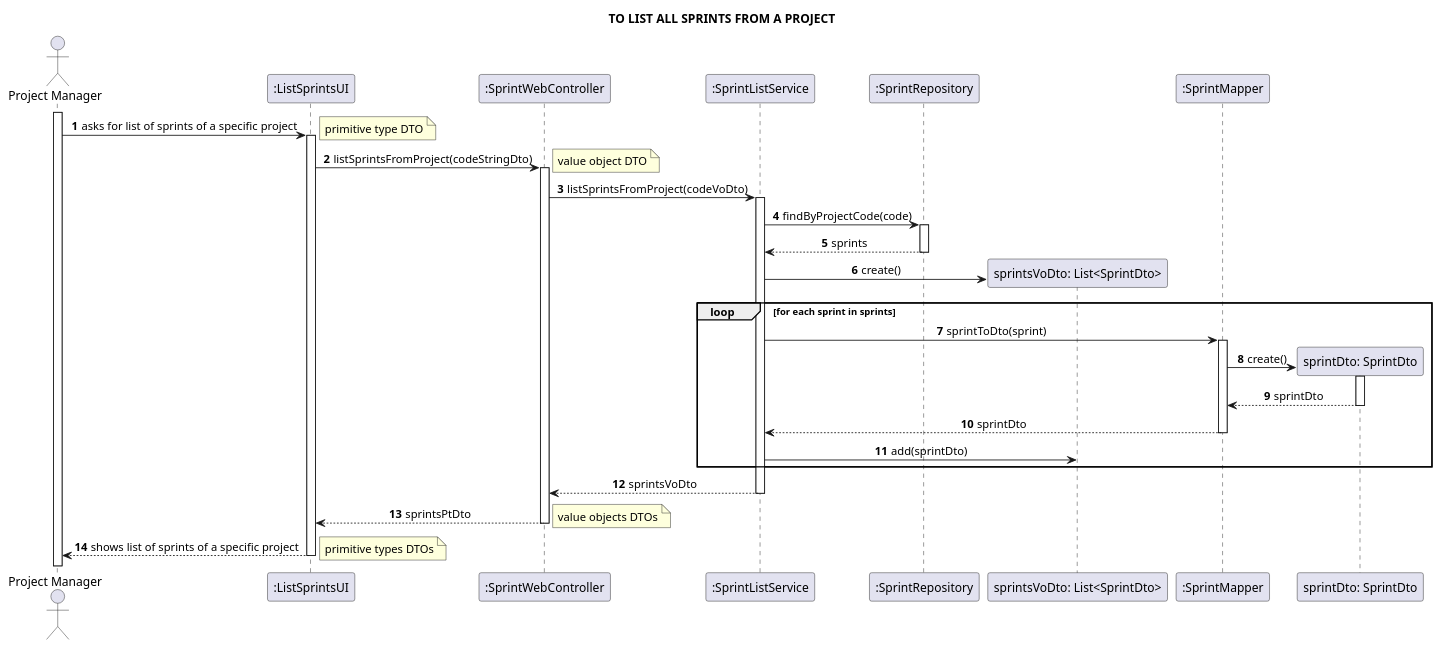
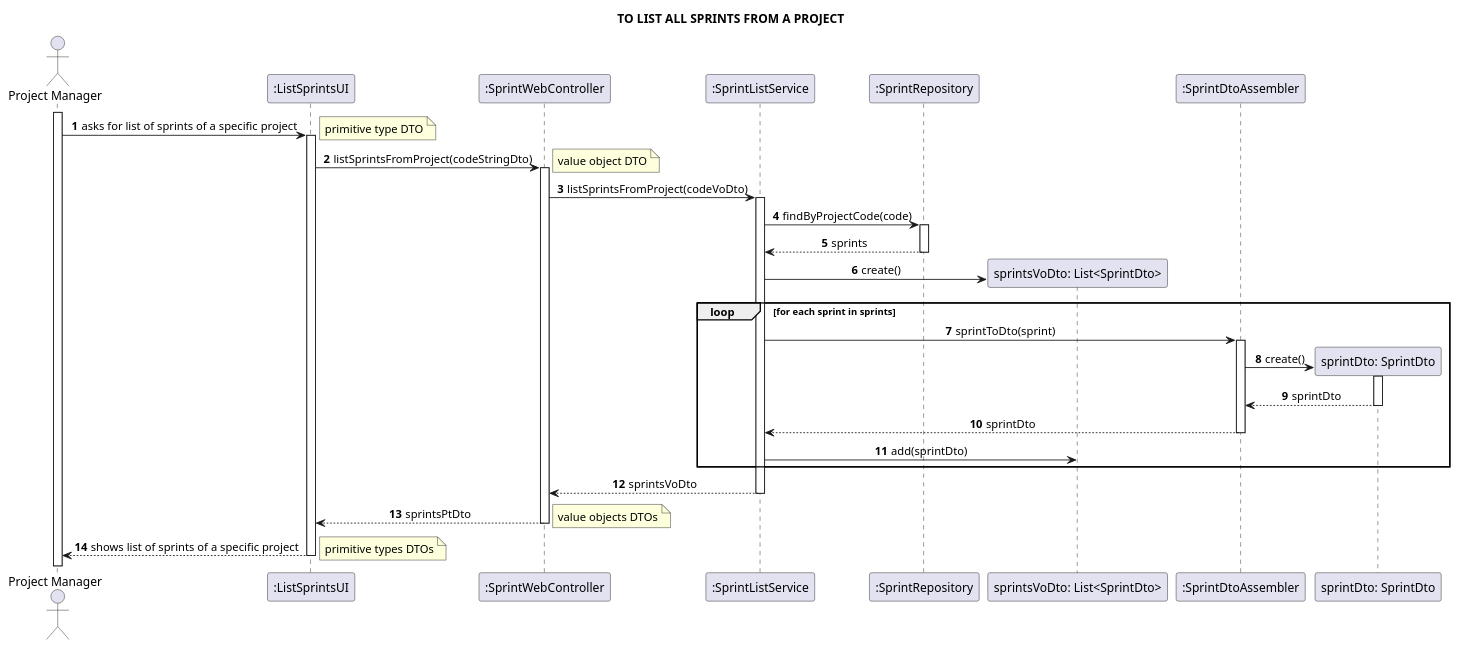
One commit to Loracline/project_switch_22-23 changed the diagram in docs/modelling_design/user_stories/reference_diagrams/listAllSprintsFromProject_sequenceDiagram_ddd.puml. Above: the diagram before and after it, drawn with PlantUML. The commit also changed 1 other file, not shown here.

Commit message:
US031: Design: Updated sequence and class diagrams for functionality of listing all sprints of a project. Closes #650.

```diff
--- a/docs/modelling_design/user_stories/reference_diagrams/listAllSprintsFromProject_sequenceDiagram_ddd.puml
+++ b/docs/modelling_design/user_stories/reference_diagrams/listAllSprintsFromProject_sequenceDiagram_ddd.puml
@@ -1,60 +1,60 @@
 @startuml
 
 skinparam sequenceMessageAlign center
 title TO LIST ALL SPRINTS FROM A PROJECT
 autonumber
 actor "Project Manager" as pm
 
 participant ":ListSprintsUI" as ui
 participant ":SprintWebController" as controller
 participant ":SprintListService" as service
 participant ":SprintRepository" as repository
 participant "sprintsVoDto: List<SprintDto>" as list
-participant ":SprintMapper" as mapper
+participant ":SprintDtoAssembler" as assembler
 participant "sprintDto: SprintDto" as dto
 
 activate pm
 pm -> ui: asks for list of sprints of a specific project
 activate ui
 note right
 primitive type DTO
 end note
 ui -> controller: listSprintsFromProject(codeStringDto)
 note right
 value object DTO
 end note
 activate controller
 controller -> service: listSprintsFromProject(codeVoDto)
 activate service
 service -> repository: findByProjectCode(code)
 activate repository
 repository --> service: sprints
 deactivate repository
 create list
 service -> list: create()
 loop for each sprint in sprints
-service -> mapper: sprintToDto(sprint)
-activate mapper
+service -> assembler: sprintToDto(sprint)
+activate assembler
 create dto
-mapper -> dto: create()
+assembler -> dto: create()
 activate dto
-dto --> mapper: sprintDto
+dto --> assembler: sprintDto
 deactivate dto
-mapper --> service: sprintDto
-deactivate mapper
+assembler --> service: sprintDto
+deactivate assembler
 service -> list: add(sprintDto)
 end loop
 service --> controller: sprintsVoDto
 deactivate service
 ui <-- controller: sprintsPtDto
 note right
 value objects DTOs
 end note
 deactivate controller
 ui --> pm: shows list of sprints of a specific project
 note right
 primitive types DTOs
 end note
 deactivate ui
 
 @enduml
```
